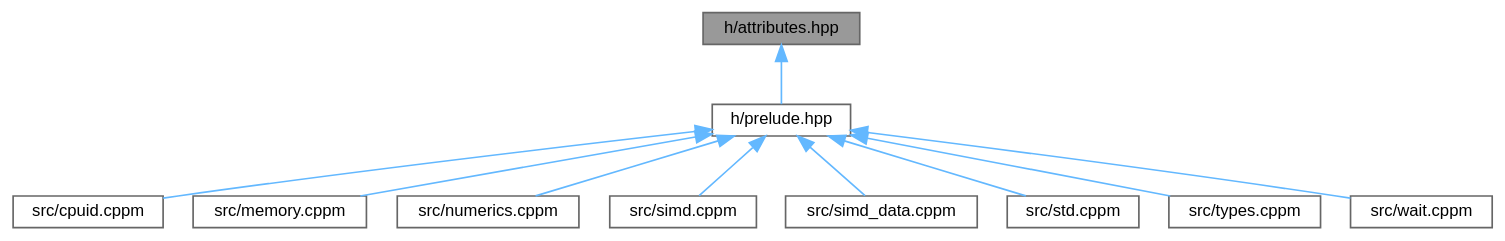
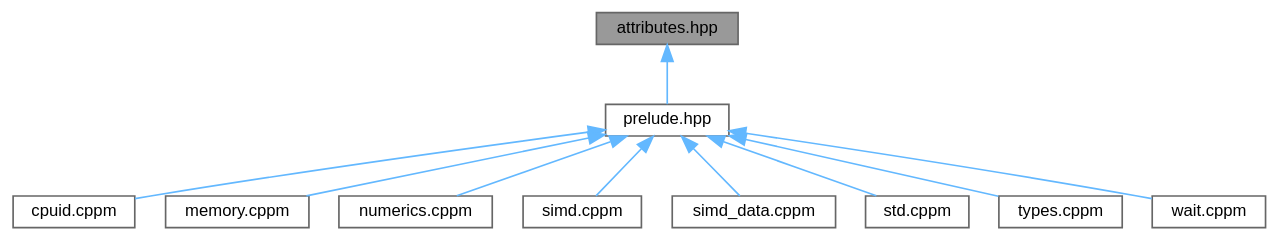
One commit to ekmett/ein changed the diagram in d9/d54/attributes_8hpp__dep__incl.dot. Above: the diagram before and after it, drawn with Graphviz. The commit also changed 78 other files, not shown here.

```diff
--- a/d9/d54/attributes_8hpp__dep__incl.dot
+++ b/d9/d54/attributes_8hpp__dep__incl.dot
@@ -1,27 +1,27 @@
-digraph "h/attributes.hpp"
+digraph "attributes.hpp"
 {
  // INTERACTIVE_SVG=YES
  // LATEX_PDF_SIZE
   bgcolor="transparent";
   edge [fontname=Helvetica,fontsize=10,labelfontname=Helvetica,labelfontsize=10];
   node [fontname=Helvetica,fontsize=10,shape=box,height=0.2,width=0.4];
-  Node1 [id="Node000001",label="h/attributes.hpp",height=0.2,width=0.4,color="gray40", fillcolor="grey60", style="filled", fontcolor="black",tooltip="an opinionated subset of clang/gcc attributes"];
+  Node1 [id="Node000001",label="attributes.hpp",height=0.2,width=0.4,color="gray40", fillcolor="grey60", style="filled", fontcolor="black",tooltip="an opinionated subset of clang/gcc attributes"];
   Node1 -> Node2 [id="edge1_Node000001_Node000002",dir="back",color="steelblue1",style="solid",tooltip=" "];
-  Node2 [id="Node000002",label="h/prelude.hpp",height=0.2,width=0.4,color="grey40", fillcolor="white", style="filled",URL="$de/d13/prelude_8hpp.html",tooltip="All c++ headers."];
+  Node2 [id="Node000002",label="prelude.hpp",height=0.2,width=0.4,color="grey40", fillcolor="white", style="filled",URL="$de/d13/prelude_8hpp.html",tooltip="All c++ headers."];
   Node2 -> Node3 [id="edge2_Node000002_Node000003",dir="back",color="steelblue1",style="solid",tooltip=" "];
-  Node3 [id="Node000003",label="src/cpuid.cppm",height=0.2,width=0.4,color="grey40", fillcolor="white", style="filled",URL="$d2/d8a/cpuid_8cppm.html",tooltip=" "];
+  Node3 [id="Node000003",label="cpuid.cppm",height=0.2,width=0.4,color="grey40", fillcolor="white", style="filled",URL="$d2/d8a/cpuid_8cppm.html",tooltip=" "];
   Node2 -> Node4 [id="edge3_Node000002_Node000004",dir="back",color="steelblue1",style="solid",tooltip=" "];
-  Node4 [id="Node000004",label="src/memory.cppm",height=0.2,width=0.4,color="grey40", fillcolor="white", style="filled",URL="$d8/d4c/memory_8cppm.html",tooltip=" "];
+  Node4 [id="Node000004",label="memory.cppm",height=0.2,width=0.4,color="grey40", fillcolor="white", style="filled",URL="$d8/d4c/memory_8cppm.html",tooltip=" "];
   Node2 -> Node5 [id="edge4_Node000002_Node000005",dir="back",color="steelblue1",style="solid",tooltip=" "];
-  Node5 [id="Node000005",label="src/numerics.cppm",height=0.2,width=0.4,color="grey40", fillcolor="white", style="filled",URL="$d5/d65/numerics_8cppm.html",tooltip=" "];
+  Node5 [id="Node000005",label="numerics.cppm",height=0.2,width=0.4,color="grey40", fillcolor="white", style="filled",URL="$d5/d65/numerics_8cppm.html",tooltip=" "];
   Node2 -> Node6 [id="edge5_Node000002_Node000006",dir="back",color="steelblue1",style="solid",tooltip=" "];
-  Node6 [id="Node000006",label="src/simd.cppm",height=0.2,width=0.4,color="grey40", fillcolor="white", style="filled",URL="$da/d01/simd_8cppm.html",tooltip=" "];
+  Node6 [id="Node000006",label="simd.cppm",height=0.2,width=0.4,color="grey40", fillcolor="white", style="filled",URL="$da/d01/simd_8cppm.html",tooltip=" "];
   Node2 -> Node7 [id="edge6_Node000002_Node000007",dir="back",color="steelblue1",style="solid",tooltip=" "];
-  Node7 [id="Node000007",label="src/simd_data.cppm",height=0.2,width=0.4,color="grey40", fillcolor="white", style="filled",URL="$df/d88/simd__data_8cppm.html",tooltip=" "];
+  Node7 [id="Node000007",label="simd_data.cppm",height=0.2,width=0.4,color="grey40", fillcolor="white", style="filled",URL="$df/d88/simd__data_8cppm.html",tooltip=" "];
   Node2 -> Node8 [id="edge7_Node000002_Node000008",dir="back",color="steelblue1",style="solid",tooltip=" "];
-  Node8 [id="Node000008",label="src/std.cppm",height=0.2,width=0.4,color="grey40", fillcolor="white", style="filled",URL="$d8/d08/std_8cppm.html",tooltip="polyfill missing standard library functions"];
+  Node8 [id="Node000008",label="std.cppm",height=0.2,width=0.4,color="grey40", fillcolor="white", style="filled",URL="$d8/d08/std_8cppm.html",tooltip="polyfill missing standard library functions"];
   Node2 -> Node9 [id="edge8_Node000002_Node000009",dir="back",color="steelblue1",style="solid",tooltip=" "];
-  Node9 [id="Node000009",label="src/types.cppm",height=0.2,width=0.4,color="grey40", fillcolor="white", style="filled",URL="$d8/dcb/types_8cppm.html",tooltip=" "];
+  Node9 [id="Node000009",label="types.cppm",height=0.2,width=0.4,color="grey40", fillcolor="white", style="filled",URL="$d8/dcb/types_8cppm.html",tooltip=" "];
   Node2 -> Node10 [id="edge9_Node000002_Node000010",dir="back",color="steelblue1",style="solid",tooltip=" "];
-  Node10 [id="Node000010",label="src/wait.cppm",height=0.2,width=0.4,color="grey40", fillcolor="white", style="filled",URL="$d0/def/wait_8cppm.html",tooltip="waiting strategies"];
+  Node10 [id="Node000010",label="wait.cppm",height=0.2,width=0.4,color="grey40", fillcolor="white", style="filled",URL="$d0/def/wait_8cppm.html",tooltip="waiting strategies"];
 }
```
